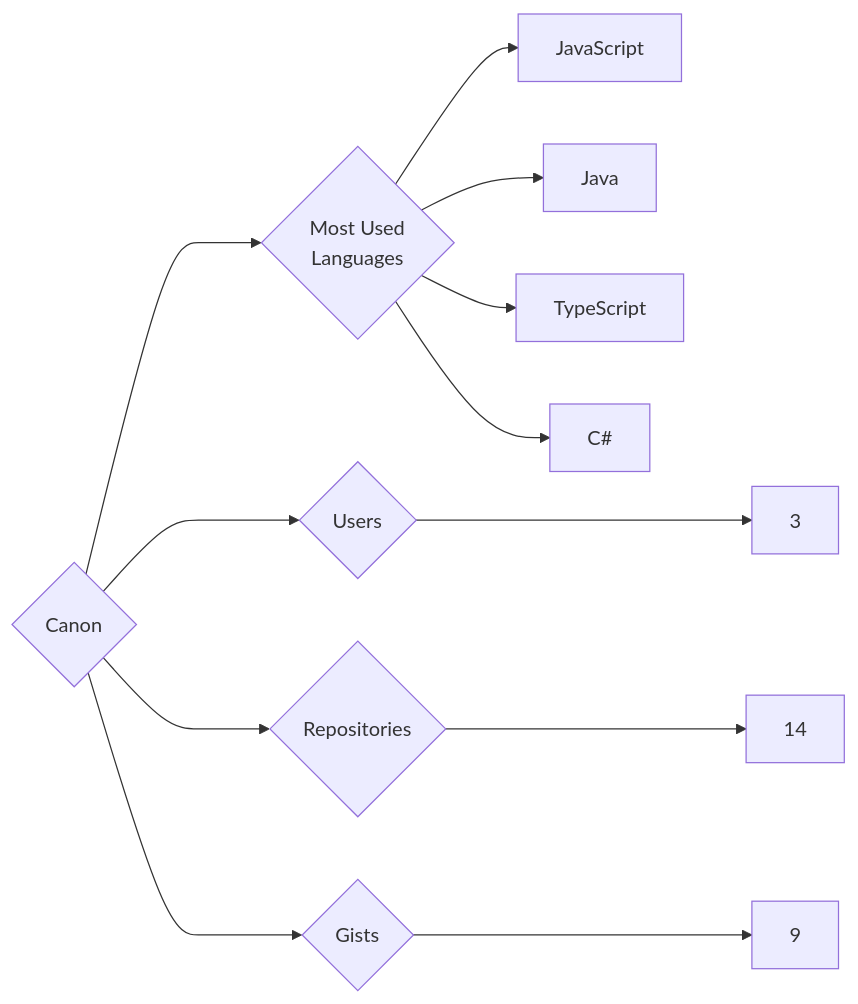
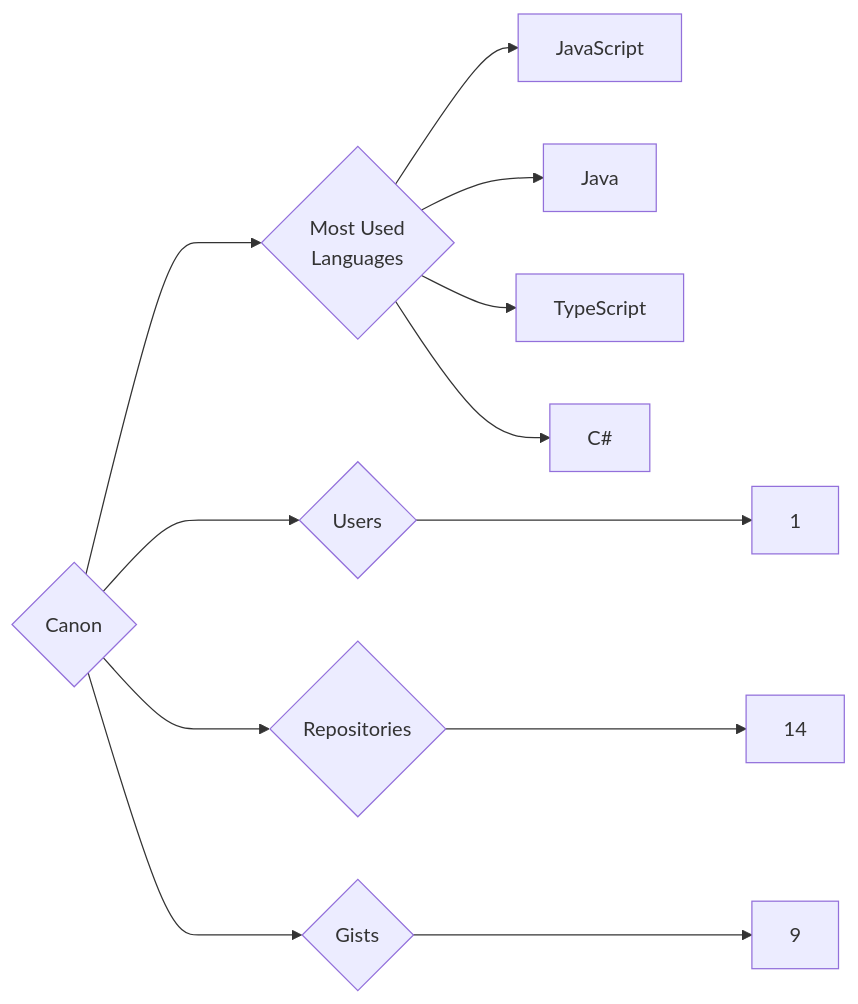
The diagram in targets/Canon/README.md (trickest/insiders), drawn with Mermaid before and after one commit. The commit also changed 1023 other files, not shown here.

````diff
--- a/targets/Canon/README.md
+++ b/targets/Canon/README.md
@@ -3,12 +3,12 @@
 ```mermaid
 graph LR
 COMPANY_NAME{Canon}
-COMPANY_NAME ---> U{Users} ---> UN[3]
+COMPANY_NAME ---> U{Users} ---> UN[1]
 COMPANY_NAME ---> R{Repositories} ---> RN[14]
 COMPANY_NAME ---> G{Gists} ---> GN[9]
 COMPANY_NAME ---> ML{Most Used<br>Languages}
 ML --> JavaScript[JavaScript]
 ML --> Java[Java]
 ML --> TypeScript[TypeScript]
 ML --> C#[C#]
 ```
````
